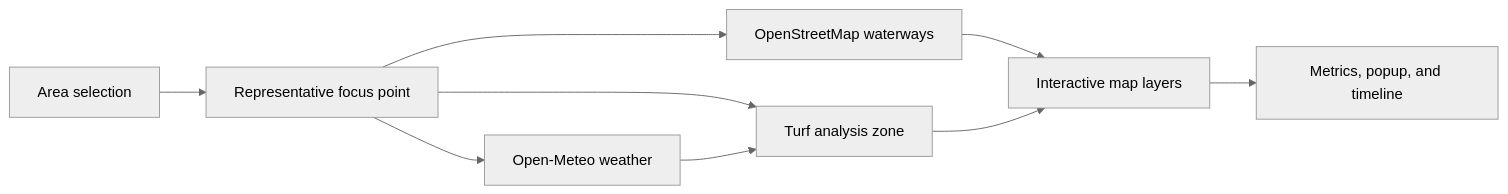
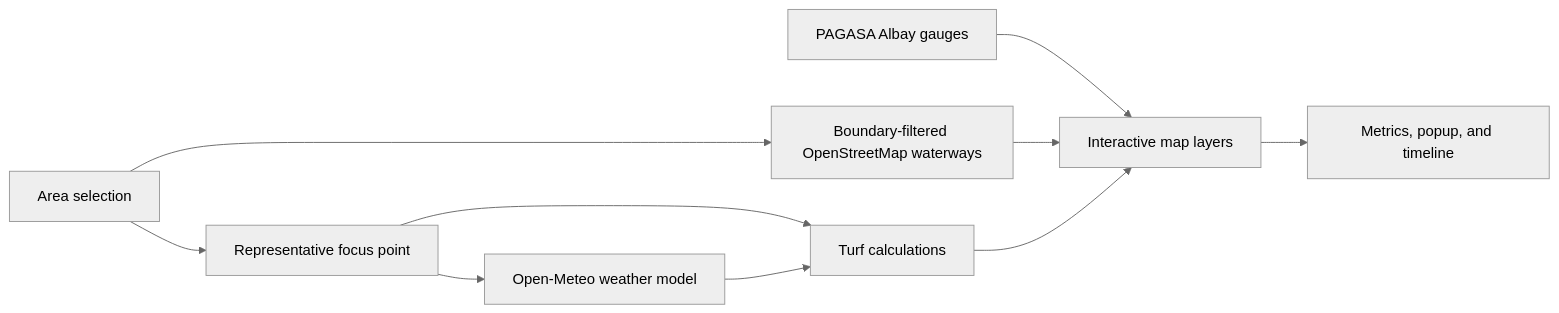
One commit to jsonrls/flood-monitor changed the diagram in README.md. Above: the diagram before and after it, drawn with Mermaid (neutral theme). The commit also changed other lines of this file and 16 other files, not shown here.

````diff
--- a/README.md
+++ b/README.md
@@ -29,11 +33,12 @@
 ```mermaid
 flowchart LR
     A[Area selection] --> B[Representative focus point]
-    B --> C[Open-Meteo weather]
-    B --> D[OpenStreetMap waterways]
-    B --> E[Turf analysis zone]
+    B --> C[Open-Meteo weather model]
+    H[PAGASA Albay gauges] --> F
+    A --> D[Boundary-filtered OpenStreetMap waterways]
+    B --> E[Turf calculations]
     C --> E
     D --> F[Interactive map layers]
     E --> F
     F --> G[Metrics, popup, and timeline]
 ```
````
